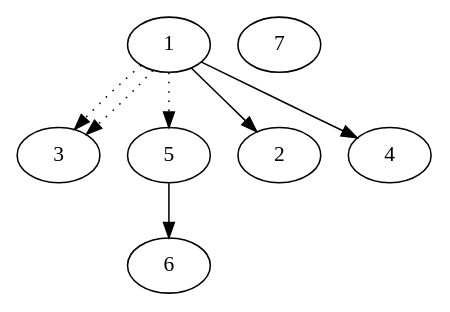
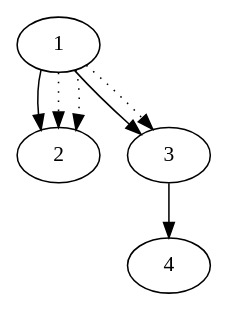
The diagram in 2018/day-08/graph-example.dot (jsageryd/aoc), drawn with Graphviz before and after one commit. The commit also changed 5 other files, not shown here.

First line of the commit message:
Correct graphs and re-generate

```diff
--- a/2018/day-08/graph-example.dot
+++ b/2018/day-08/graph-example.dot
@@ -1,12 +1,12 @@
 digraph {
   1;
+  2;
   3;
-  5;
-  7;
+  4;
   1 -> 2;
-  1 -> 4;
-  5 -> 6;
+  1 -> 3;
+  3 -> 4;
+  1 -> 2 [style = dotted];
+  1 -> 2 [style = dotted];
   1 -> 3 [style = dotted];
-  1 -> 3 [style = dotted];
-  1 -> 5 [style = dotted];
 }
```
